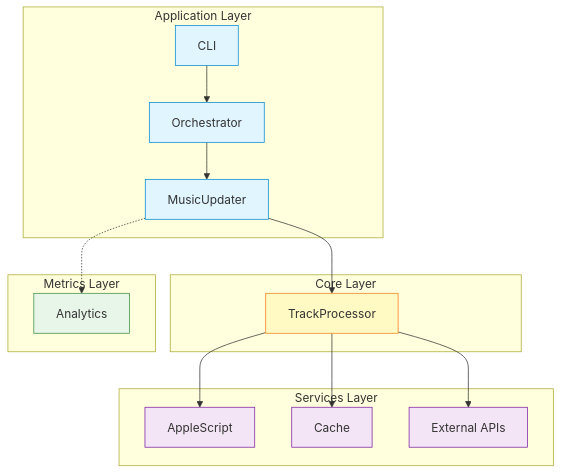
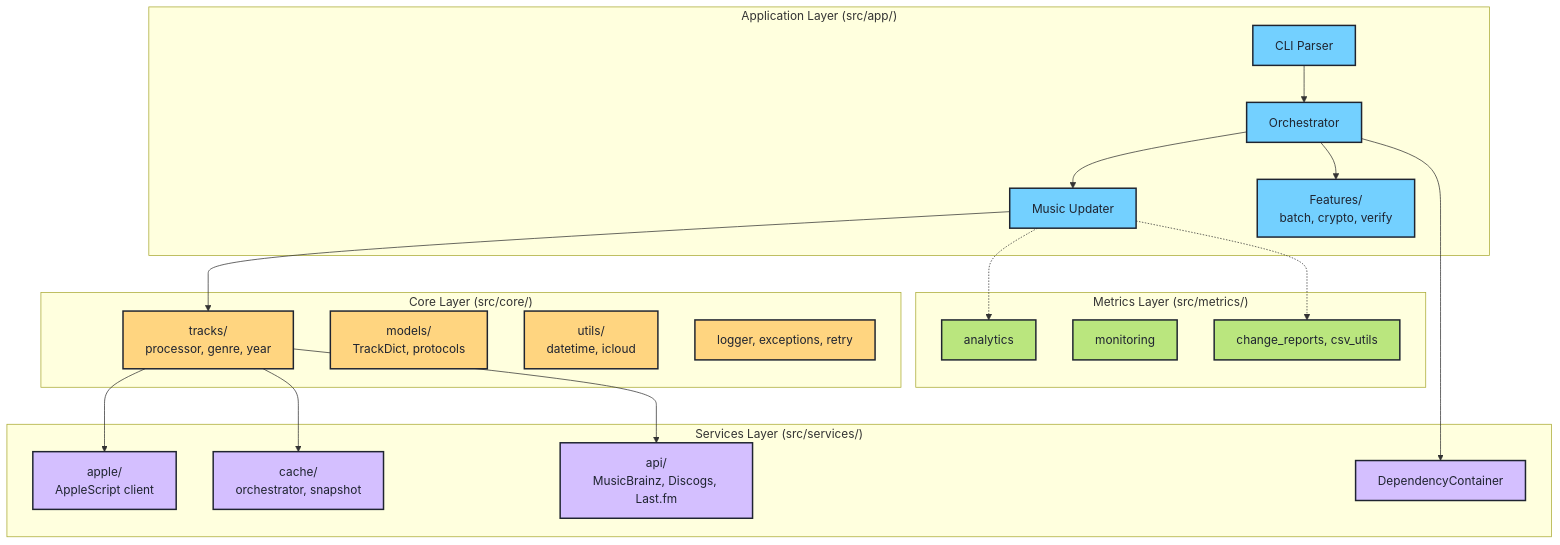
Before and after one commit to barad1tos/GenreUpdater: the diagram in README.md, drawn with Mermaid. The commit also changed other lines of this file, not shown here.

````diff
--- a/README.md
+++ b/README.md
@@ -236,30 +333,48 @@
 ```mermaid
 graph TD
-    subgraph App["Application Layer"]
-        CLI[CLI] --> Orchestrator
-        Orchestrator --> MusicUpdater
+    subgraph App["Application Layer (src/app/)"]
+        CLI[CLI Parser]
+        Orchestrator[Orchestrator]
+        MusicUpdater[Music Updater]
+        Features[Features/<br/>batch, crypto, verify]
     end
 
-    subgraph Core["Core Layer"]
-        MusicUpdater --> TrackProcessor
+    subgraph Core["Core Layer (src/core/)"]
+        TrackProcessor[tracks/<br/>processor, genre, year]
+        Models[models/<br/>TrackDict, protocols]
+        Utils[utils/<br/>datetime, icloud]
+        Logger[logger, exceptions, retry]
     end
 
-    subgraph Services["Services Layer"]
-        TrackProcessor --> Apple[AppleScript]
-        TrackProcessor --> Cache
-        TrackProcessor --> APIs[External APIs]
+    subgraph Services["Services Layer (src/services/)"]
+        DI[DependencyContainer]
+        Apple[apple/<br/>AppleScript client]
+        Cache[cache/<br/>orchestrator, snapshot]
+        APIs[api/<br/>MusicBrainz, Discogs, Last.fm]
     end
 
-    subgraph Metrics["Metrics Layer"]
-        MusicUpdater -.-> Analytics
+    subgraph Metrics["Metrics Layer (src/metrics/)"]
+        Analytics[analytics]
+        Monitoring[monitoring]
+        Reports[change_reports, csv_utils]
     end
 
-    classDef appLayer fill:#e1f5ff,stroke:#0288d1
-    classDef coreLayer fill:#fff9c4,stroke:#f57f17
-    classDef servicesLayer fill:#f3e5f5,stroke:#7b1fa2
-    classDef metricsLayer fill:#e8f5e9,stroke:#388e3c
-    class CLI,Orchestrator,MusicUpdater appLayer
-    class TrackProcessor coreLayer
-    class Apple,Cache,APIs servicesLayer
-    class Analytics metricsLayer
+    CLI --> Orchestrator
+    Orchestrator --> MusicUpdater
+    Orchestrator --> Features
+    MusicUpdater --> TrackProcessor
+    TrackProcessor --> Apple
+    TrackProcessor --> Cache
+    TrackProcessor --> APIs
+    Orchestrator --> DI
+    MusicUpdater -.-> Analytics
+    MusicUpdater -.-> Reports
+    classDef appLayer fill:#73D0FF,stroke:#1F2430,stroke-width:2px,color:#1F2430
+    classDef coreLayer fill:#FFD580,stroke:#1F2430,stroke-width:2px,color:#1F2430
+    classDef servicesLayer fill:#D4BFFF,stroke:#1F2430,stroke-width:2px,color:#1F2430
+    classDef metricsLayer fill:#BAE67E,stroke:#1F2430,stroke-width:2px,color:#1F2430
+    class CLI,Orchestrator,MusicUpdater,Features appLayer
+    class TrackProcessor,Models,Utils,Logger coreLayer
+    class DI,Apple,Cache,APIs servicesLayer
+    class Analytics,Monitoring,Reports metricsLayer
 ```
````
